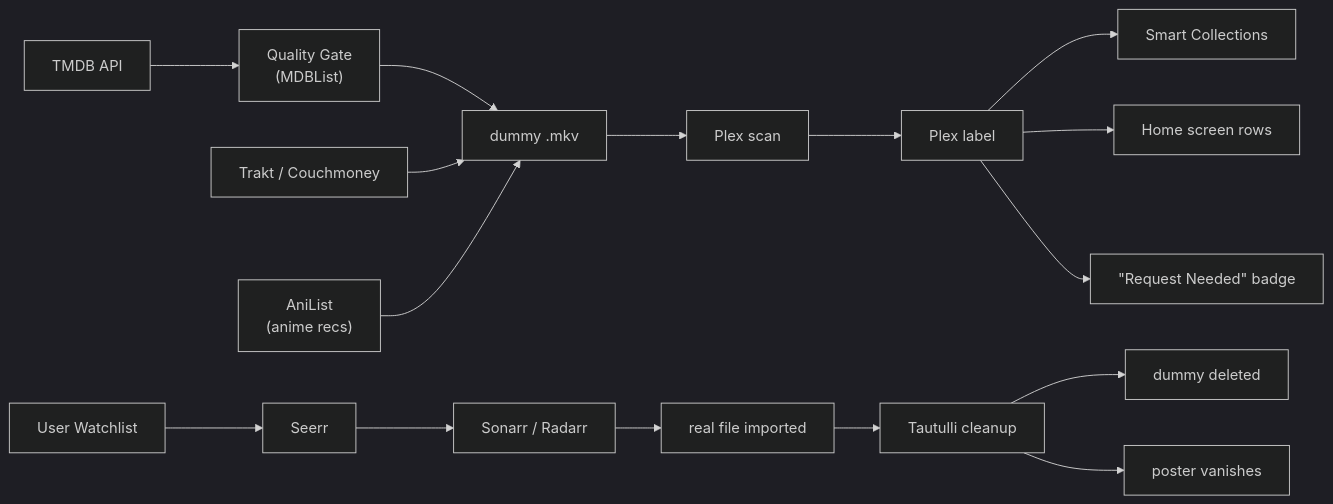
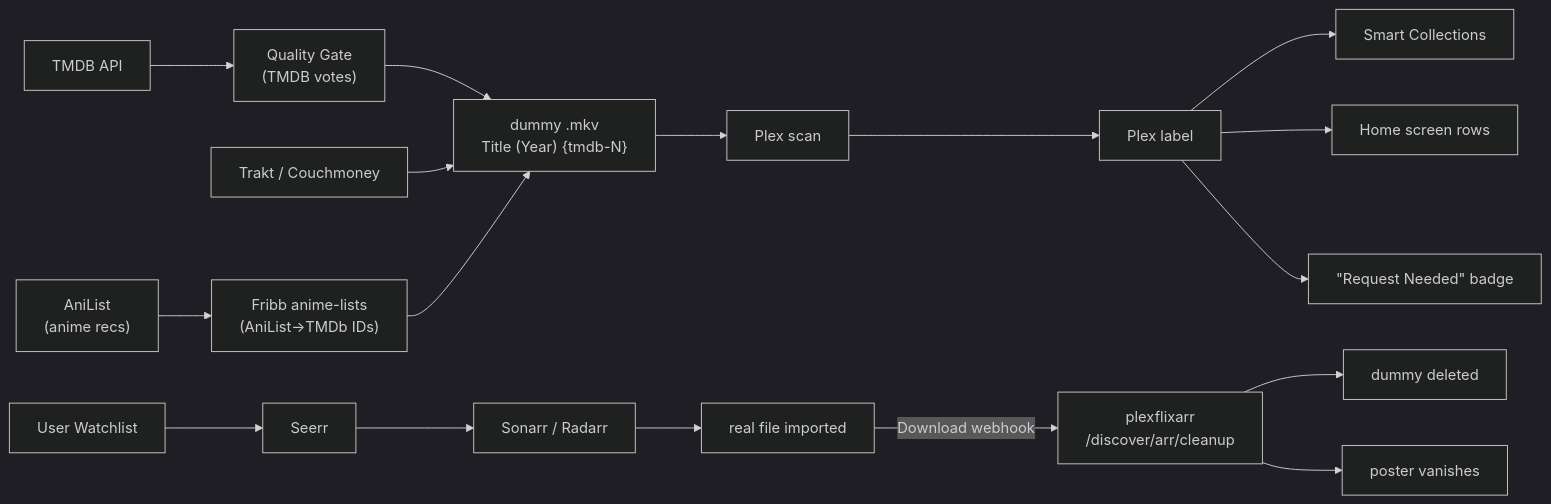
Before and after one commit to cmaguranis/plexflixarr: the diagram in README.md, drawn with Mermaid. The commit also changed other lines of this file and 3 other files, not shown here.

````diff
--- a/README.md
+++ b/README.md
@@ -9,27 +9,28 @@
 ```mermaid
 %%{init: {'theme': 'dark'}}%%
 flowchart LR
     TMDB["TMDB API"]
     Trakt["Trakt / Couchmoney"]
     AniList["AniList\n(anime recs)"]
-    MDB["Quality Gate\n(MDBList)"]
-    Dummy["dummy .mkv"]
+    Fribb["Fribb anime-lists\n(AniList→TMDb IDs)"]
+    Quality["Quality Gate\n(TMDB votes)"]
+    Dummy["dummy .mkv\nTitle (Year) {tmdb-N}"]
     Scan["Plex scan"]
     Label["Plex label"]
 
-    TMDB --> MDB --> Dummy
+    TMDB --> Quality --> Dummy
     Trakt --> Dummy
-    AniList --> Dummy
+    AniList --> Fribb --> Dummy
     Dummy --> Scan --> Label
 
     Label --> SC["Smart Collections"]
     Label --> HSR["Home screen rows"]
     Label --> Badge["&quot;Request Needed&quot; badge"]
 
     Watchlist["User Watchlist"] --> Seerr
     Seerr --> SR["Sonarr / Radarr"]
     SR --> Real["real file imported"]
-    Real --> Tautulli["Tautulli cleanup"]
-    Tautulli --> Del["dummy deleted"]
-    Tautulli --> Gone["poster vanishes"]
+    Real -- "Download webhook" --> Cleanup["plexflixarr\n/discover/arr/cleanup"]
+    Cleanup --> Del["dummy deleted"]
+    Cleanup --> Gone["poster vanishes"]
 ```
````
